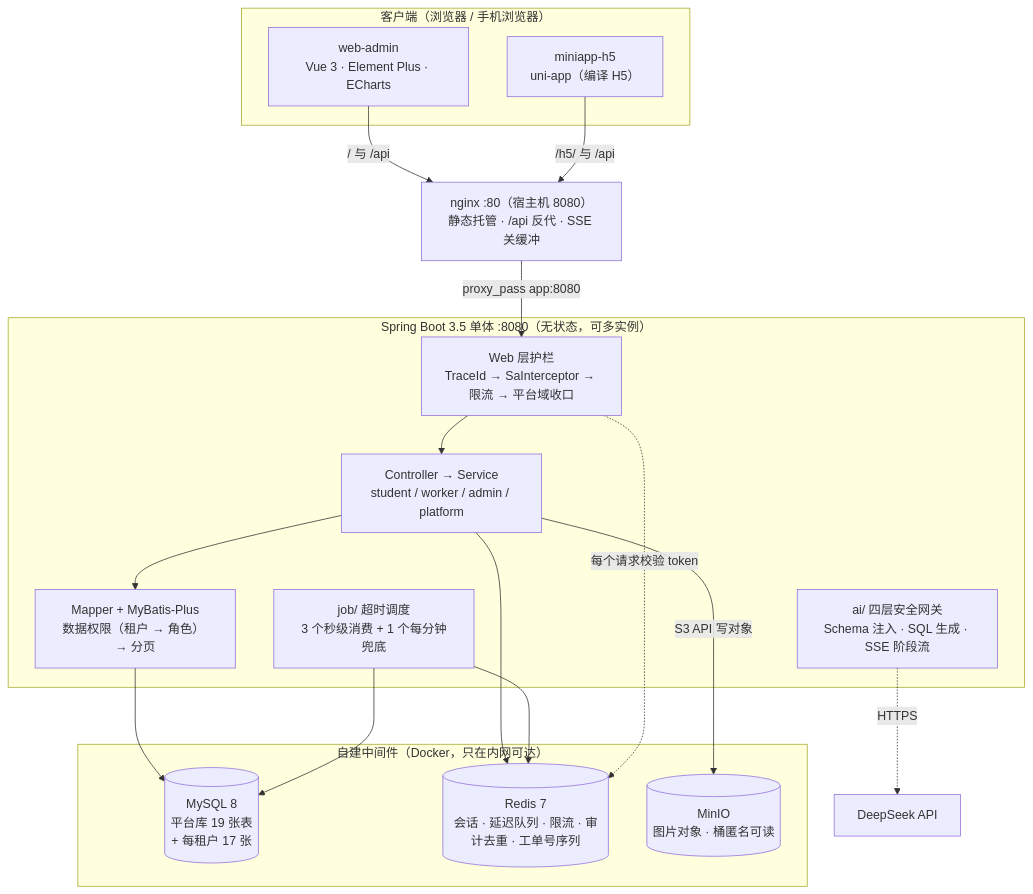
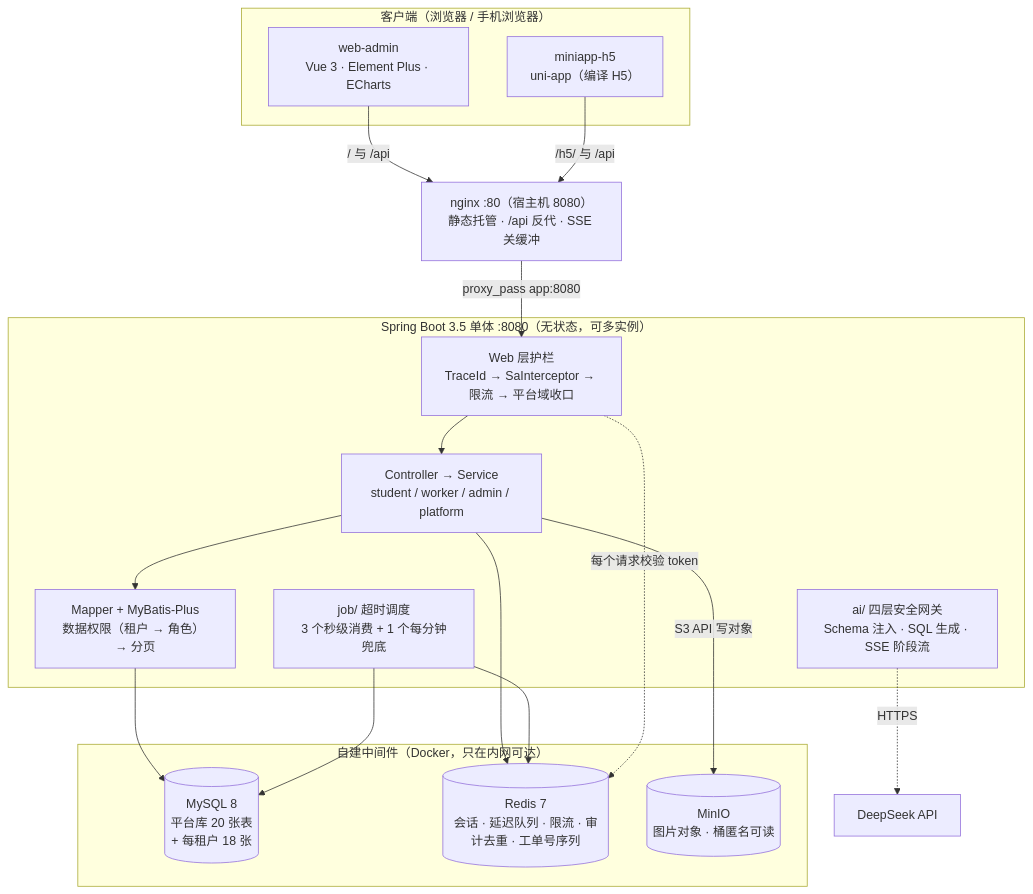
The diagram in README.md (bluemalic/repair-platform), drawn with Mermaid before and after one commit. The commit also changed other lines of this file and 28 other files, not shown here.

````diff
--- a/README.md
+++ b/README.md
@@ -66,38 +66,38 @@
 ```mermaid
 flowchart TB
     subgraph client["客户端（浏览器 / 手机浏览器）"]
         adminApp["web-admin<br/>Vue 3 · Element Plus · ECharts"]
         h5App["miniapp-h5<br/>uni-app（编译 H5）"]
     end
 
     nginx["nginx :80（宿主机 8080）<br/>静态托管 · /api 反代 · SSE 关缓冲"]
 
     subgraph boot["Spring Boot 3.5 单体 :8080（无状态，可多实例）"]
         guard["Web 层护栏<br/>TraceId → SaInterceptor → 限流 → 平台域收口"]
         biz["Controller → Service<br/>student / worker / admin / platform"]
         orm["Mapper + MyBatis-Plus<br/>数据权限（租户 → 角色） → 分页"]
         sched["job/ 超时调度<br/>3 个秒级消费 + 1 个每分钟兜底"]
         aiPkg["ai/ 四层安全网关<br/>Schema 注入 · SQL 生成 · SSE 阶段流"]
     end
 
     subgraph infra["自建中间件（Docker，只在内网可达）"]
-        mysql[("MySQL 8<br/>平台库 19 张表<br/>+ 每租户 17 张")]
+        mysql[("MySQL 8<br/>平台库 20 张表<br/>+ 每租户 18 张")]
         redis[("Redis 7<br/>会话 · 延迟队列 · 限流 · 审计去重 · 工单号序列")]
         minio[("MinIO<br/>图片对象 · 桶匿名可读")]
     end
 
     deepseek["DeepSeek API"]
 
     adminApp -->|"/ 与 /api"| nginx
     h5App -->|"/h5/ 与 /api"| nginx
     nginx -->|"proxy_pass app:8080"| guard
     guard --> biz
     biz --> orm
     orm --> mysql
     biz --> redis
     biz -->|"S3 API 写对象"| minio
     sched --> redis
     sched --> mysql
     guard -.->|"每个请求校验 token"| redis
     aiPkg -.->|"HTTPS"| deepseek
 ```
````
